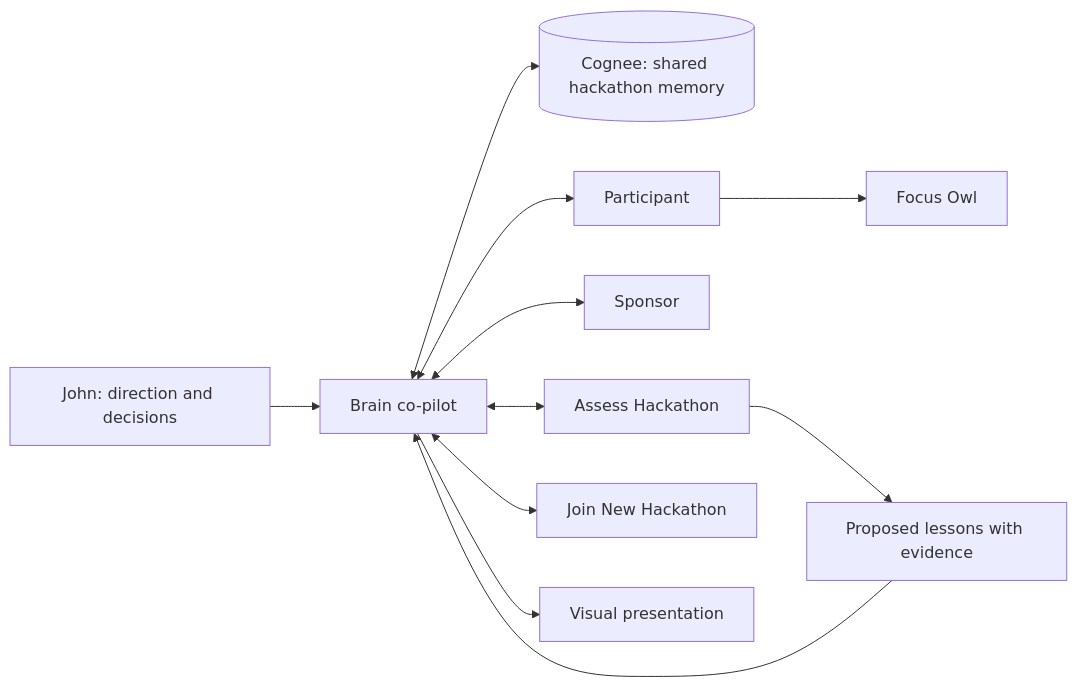
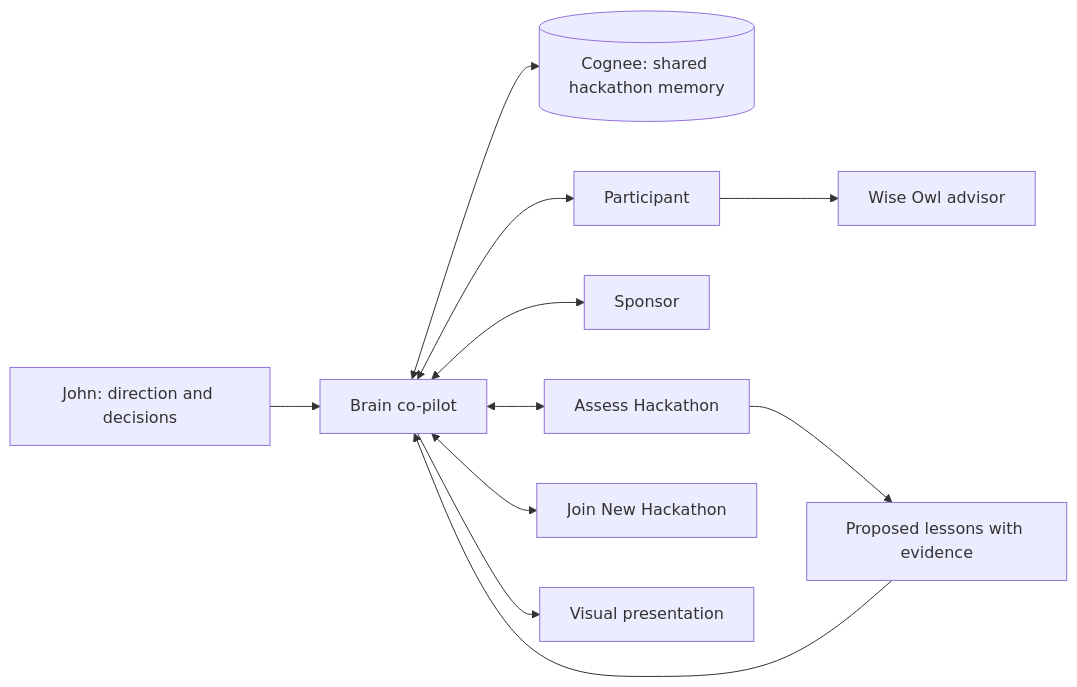
Before and after one commit to jymiller/hack-cognee: the diagram in README.md, drawn with Mermaid. The commit also changed other lines of this file and 21 other files, not shown here.

Commit message:
Publish Wise Owl advisor with qualified lessons and verified public flow

````diff
--- a/README.md
+++ b/README.md
@@ -35,13 +37,13 @@
 ```mermaid
 flowchart LR
     John[John: direction and decisions] --> Brain[Brain co-pilot]
     Brain <--> Memory[(Cognee: shared hackathon memory)]
     Brain <--> Participant[Participant]
     Brain <--> Sponsor[Sponsor]
     Brain <--> Assessment[Assess Hackathon]
     Brain <--> Next[Join New Hackathon]
-    Participant --> Owl[Focus Owl]
+    Participant --> Owl[Wise Owl advisor]
     Assessment --> Lessons[Proposed lessons with evidence]
     Lessons --> Brain
     Brain --> Deck[Visual presentation]
 ```
````
